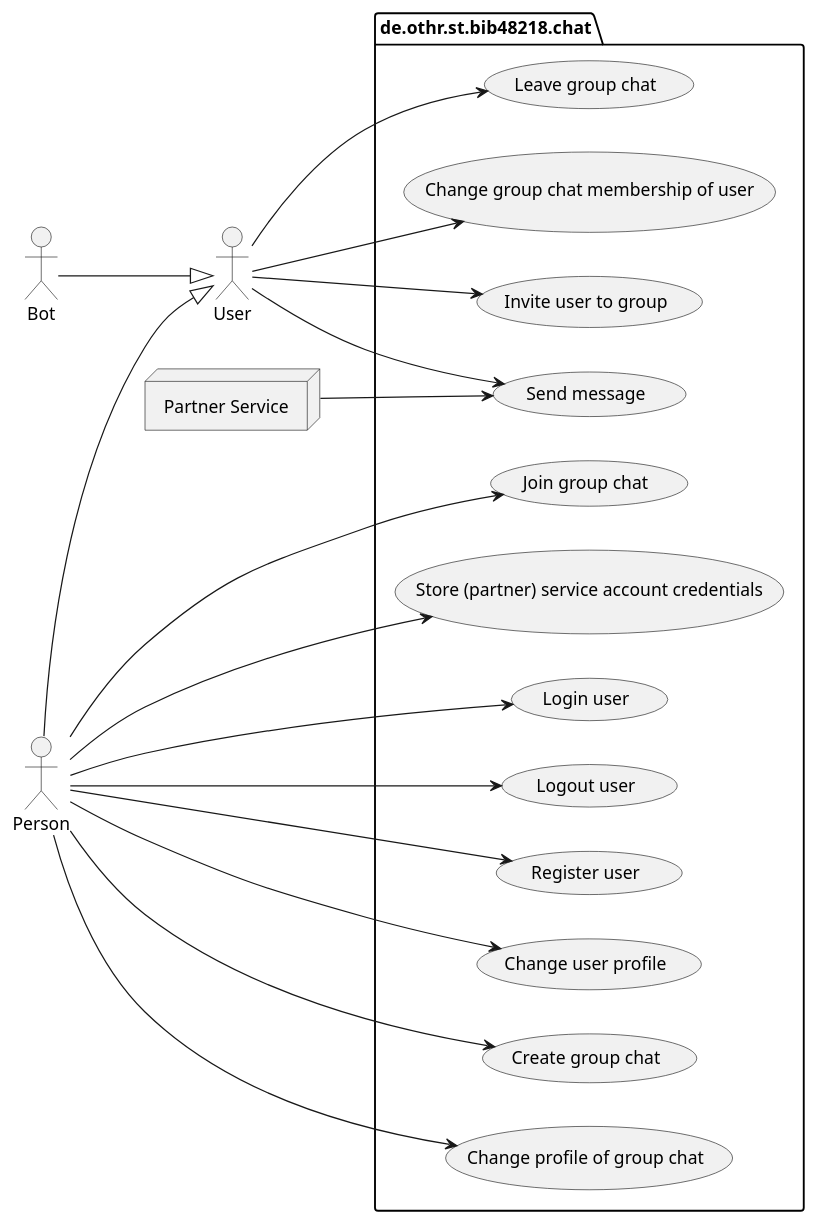
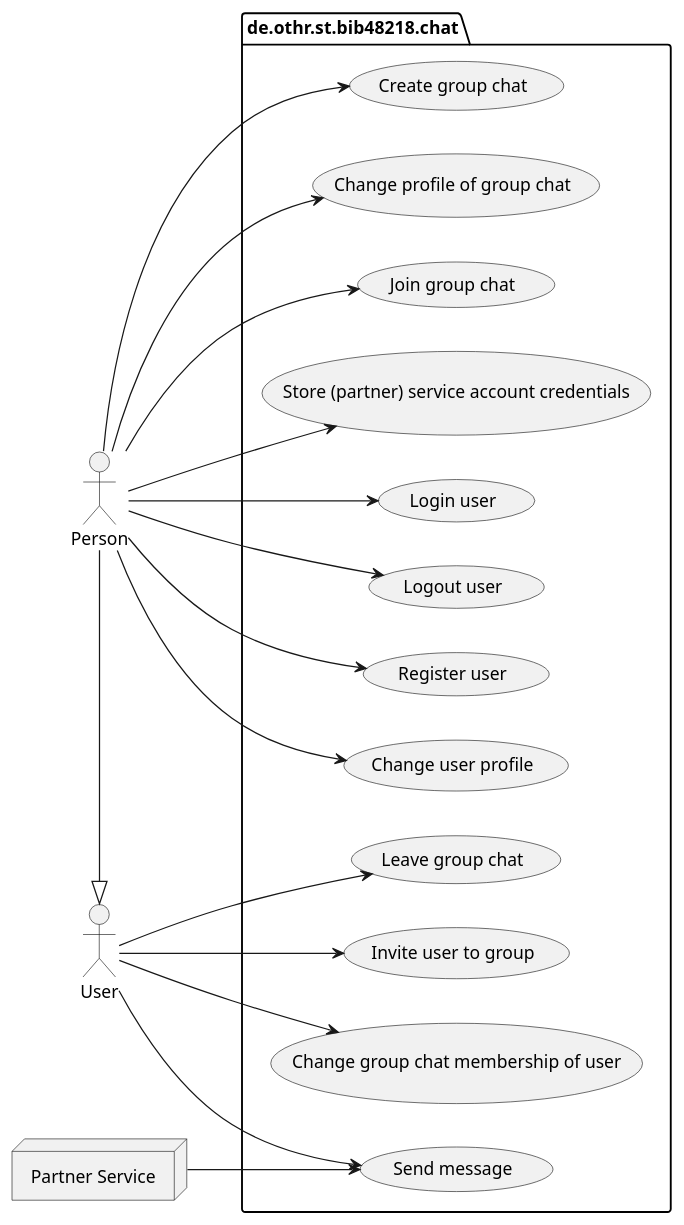
One commit to bbenno/oth-sw changed the diagram in src/doc/uml-usecase.puml. Above: the diagram before and after it, drawn with PlantUML.

Commit message:
Remove actor Bot

```diff
--- a/src/doc/uml-usecase.puml
+++ b/src/doc/uml-usecase.puml
@@ -1,48 +1,46 @@
 @startuml chat-usecase
 skinparam monochrome true
 left to right direction
 
 ' actors
 actor "User" as u
 actor "Person" as p
-actor "Bot" as b
 node "Partner Service" as s
 
 ' actor hierarchy
-p -down-|> u
-b -down-|> u
+u <|-left- p
 
 ' use cases
 package "de.othr.st.bib48218.chat" {
   usecase "Login user" as oUC1
   usecase "Logout user" as oUC2
   usecase "Register user" as oUC3
   usecase "Change user profile" as oUC4
 
   usecase "Send message" as mUC
   ' Chating use cases
   usecase "Create group chat" as cUC1
   usecase "Leave group chat" as cUC2
   usecase "Change profile of group chat" as cUC3
   usecase "Change group chat membership of user" as cUC4
   usecase "Invite user to group" as cUC5
   usecase "Join group chat" as cUC6
   ' Connecting to partners use cases
   usecase "Store (partner) service account credentials" as pUC
 }
 
 '  link actor User with use cases
 p --> oUC1
 p --> oUC2
 p --> oUC3
 p --> oUC4
 p --> cUC3
 p --> cUC6
 s --> mUC
 u --> mUC
 p --> cUC1
 u --> cUC2
 u --> cUC4
 u --> cUC5
 p --> pUC
 @enduml
```
